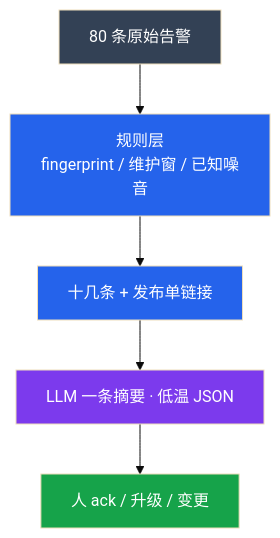
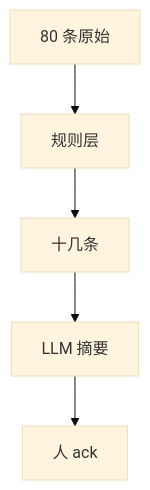
One commit to ml-cuizijun/LearnToLilith changed the second of 4 diagrams in 09-AI与智能运维/09-AIOps落地/知识点.md. Above: the diagram before and after it, drawn with Mermaid (base theme). The commit also changed other lines of this file and 107 other files, not shown here.

````diff
--- a/09-AI与智能运维/09-AIOps落地/知识点.md
+++ b/09-AI与智能运维/09-AIOps落地/知识点.md
@@ -125,15 +173,4 @@
 ```mermaid
 flowchart TB
-    classDef raw fill:#334155,color:#fff
-    classDef rule fill:#2563EB,color:#fff
-    classDef llm fill:#7C3AED,color:#fff
-    classDef ok fill:#16A34A,color:#fff
-
-    A["80 条原始告警"]:::raw
-    B["规则层<br/>fingerprint / 维护窗 / 已知噪音"]:::rule
-    C["十几条 + 发布单链接"]:::rule
-    D["LLM 一条摘要 · 低温 JSON"]:::llm
-    E["人 ack / 升级 / 变更"]:::ok
-
-    A --> B --> C --> D --> E
+    A["80 条原始"] --> B["规则层"] --> C["十几条"] --> D["LLM 摘要"] --> E["人 ack"]
 ```
````
